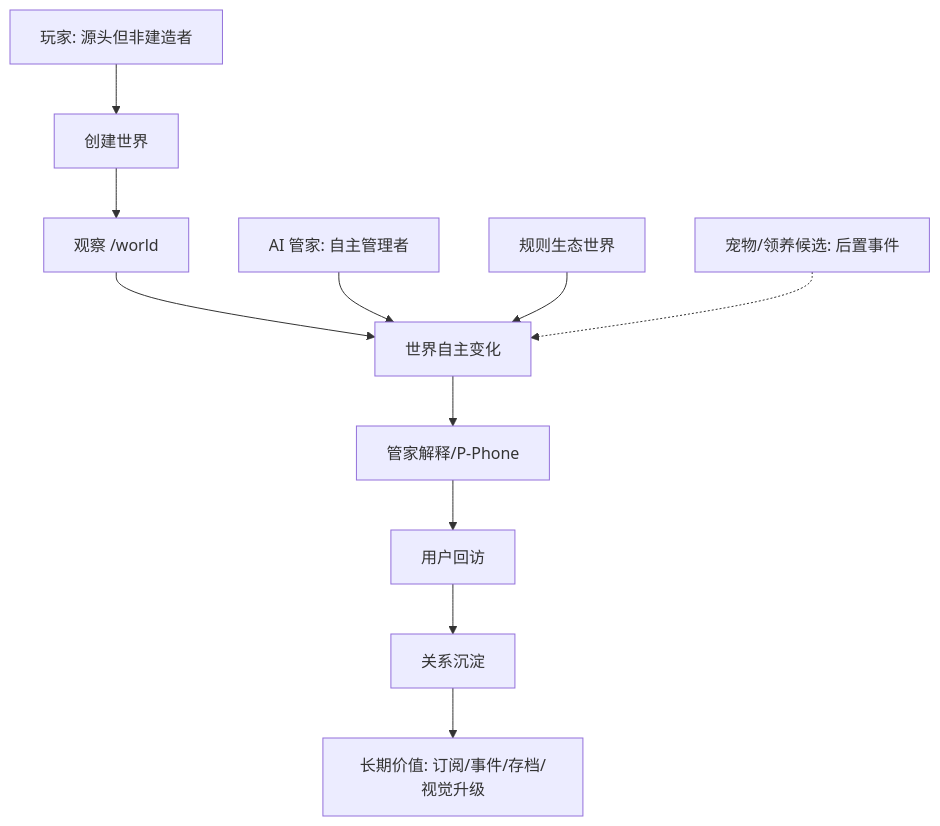
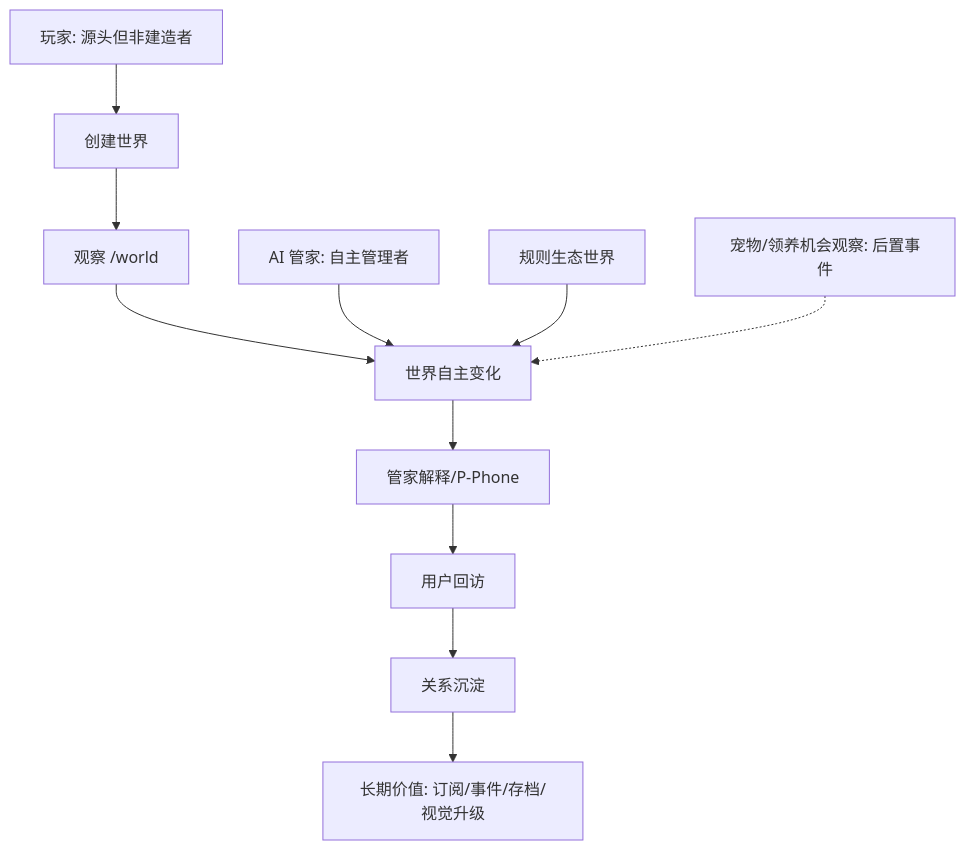
The second of 4 diagrams in src/docs/AI_PET_WORLD_V2.3_COMPLETE_ARCHITECTURE_BUSINESS_LOGIC_CODE_2026-05-24.md (zhangshn/AI-PET-WORLD), drawn with Mermaid before and after one commit. The commit also changed other lines of this file and 39 other files, not shown here.

````diff
--- a/src/docs/AI_PET_WORLD_V2.3_COMPLETE_ARCHITECTURE_BUSINESS_LOGIC_CODE_2026-05-24.md
+++ b/src/docs/AI_PET_WORLD_V2.3_COMPLETE_ARCHITECTURE_BUSINESS_LOGIC_CODE_2026-05-24.md
@@ -80,13 +80,13 @@
 ```mermaid
 flowchart TB
   Create[创建世界] --> Observe[观察 /world]
   Observe --> Change[世界自主变化]
   Change --> Explain[管家解释/P-Phone]
   Explain --> Return[用户回访]
   Return --> Relation[关系沉淀]
   Relation --> Value[长期价值: 订阅/事件/存档/视觉升级]
   Player[玩家: 源头但非建造者] --> Create
   Butler[AI 管家: 自主管理者] --> Change
   World[规则生态世界] --> Change
-  Life[宠物/领养候选: 后置事件] -.-> Change
+  Life[宠物/领养机会观察: 后置事件] -.-> Change
 ```
````
